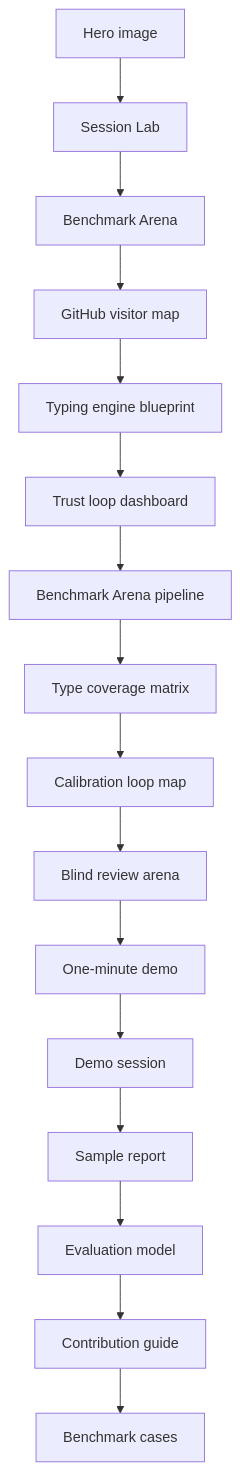
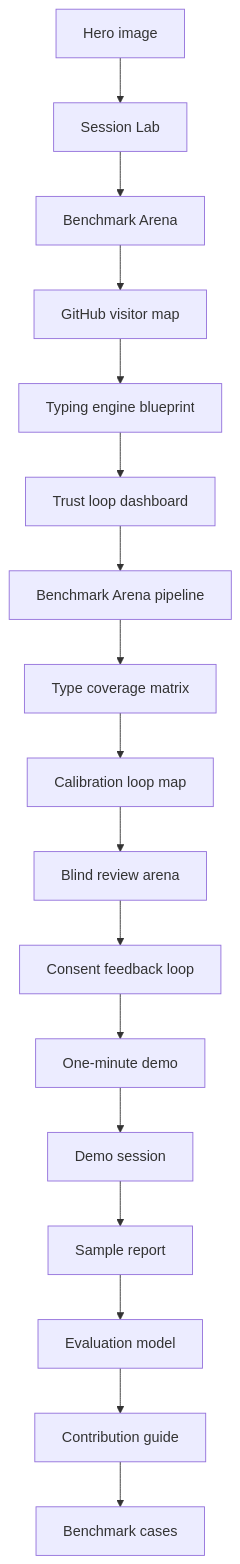
The diagram in docs/visual-tour.md (Zaoqu-Liu/mbti-typing-skill), drawn with Mermaid before and after one commit. The commit also changed other lines of this file and 17 other files, not shown here.

````diff
--- a/docs/visual-tour.md
+++ b/docs/visual-tour.md
@@ -159,18 +174,19 @@
 ```mermaid
 flowchart TD
     A[Hero image] --> B[Session Lab]
     B --> C[Benchmark Arena]
     C --> D[GitHub visitor map]
     D --> E[Typing engine blueprint]
     E --> F[Trust loop dashboard]
     F --> G[Benchmark Arena pipeline]
     G --> H[Type coverage matrix]
     H --> I[Calibration loop map]
     I --> J[Blind review arena]
-    J --> K[One-minute demo]
-    K --> L[Demo session]
-    L --> M[Sample report]
-    M --> N[Evaluation model]
-    N --> O[Contribution guide]
-    O --> P[Benchmark cases]
+    J --> K[Consent feedback loop]
+    K --> L[One-minute demo]
+    L --> M[Demo session]
+    M --> N[Sample report]
+    N --> O[Evaluation model]
+    O --> P[Contribution guide]
+    P --> Q[Benchmark cases]
 ```
````
